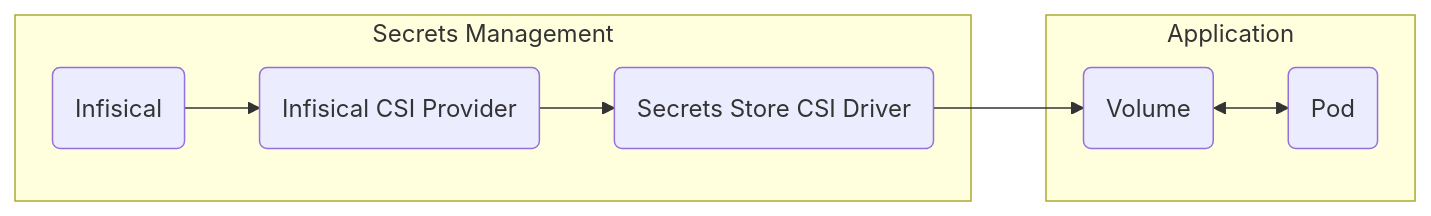
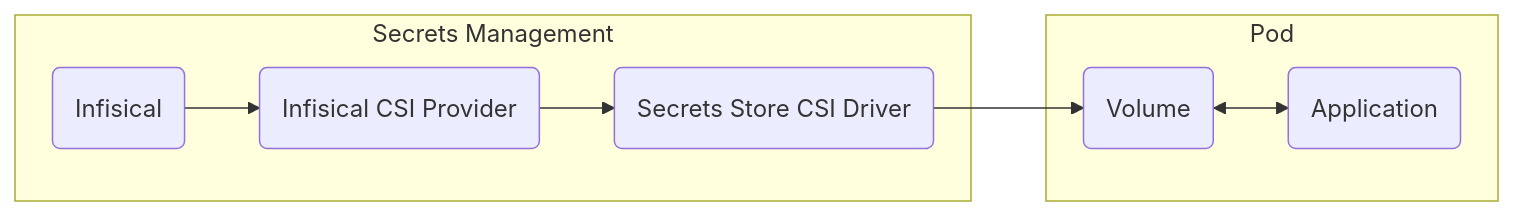
The diagram in docs/integrations/platforms/kubernetes-csi.mdx (Infisical/infisical), drawn with Mermaid before and after one commit. The commit also changed 1 other file, not shown here.

Commit message:
docs: injector diagram

````diff
--- a/docs/integrations/platforms/kubernetes-csi.mdx
+++ b/docs/integrations/platforms/kubernetes-csi.mdx
@@ -11,13 +11,13 @@
 ```mermaid
 flowchart LR
     subgraph Secrets Management
         SS(Infisical) --> CSP(Infisical CSI Provider)
         CSP --> CSD(Secrets Store CSI Driver)
     end
 
-    subgraph Application
+    subgraph Pod
         CSD --> V(Volume)
-        V <--> P(Pod)
+        V <--> P(Application)
     end
 
 ```
````
